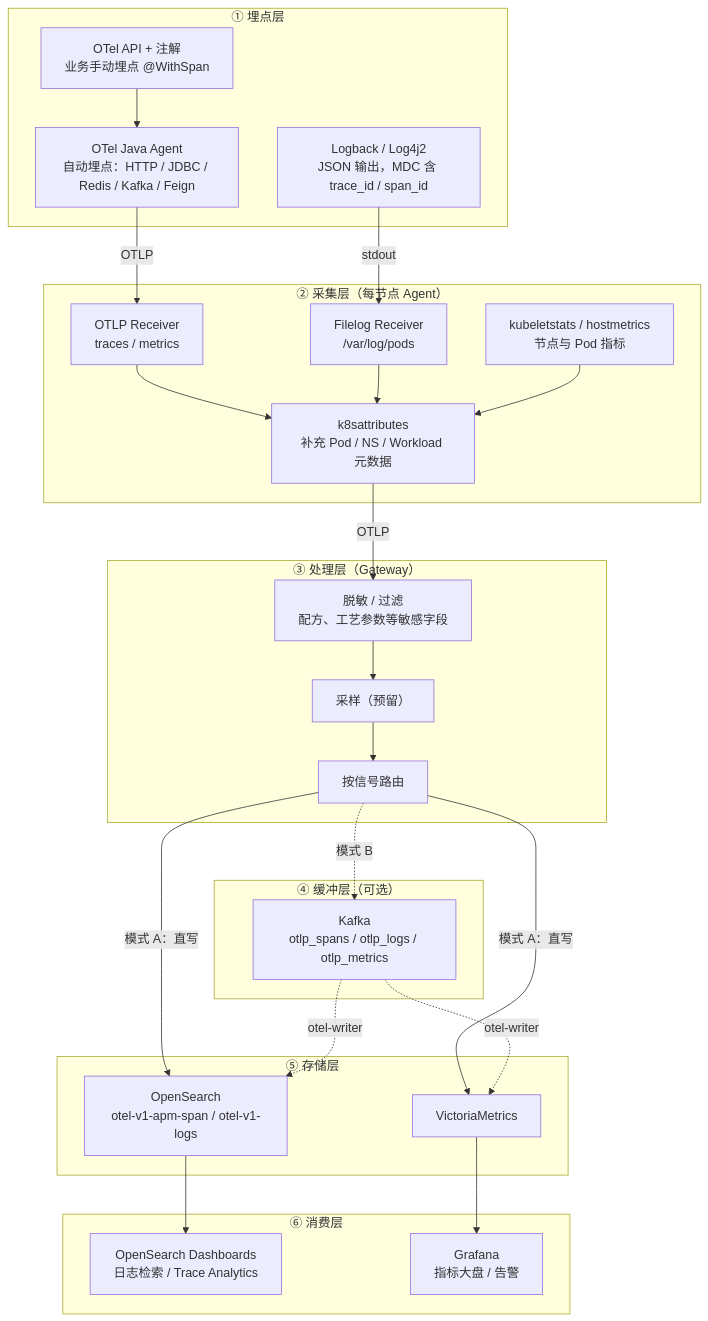
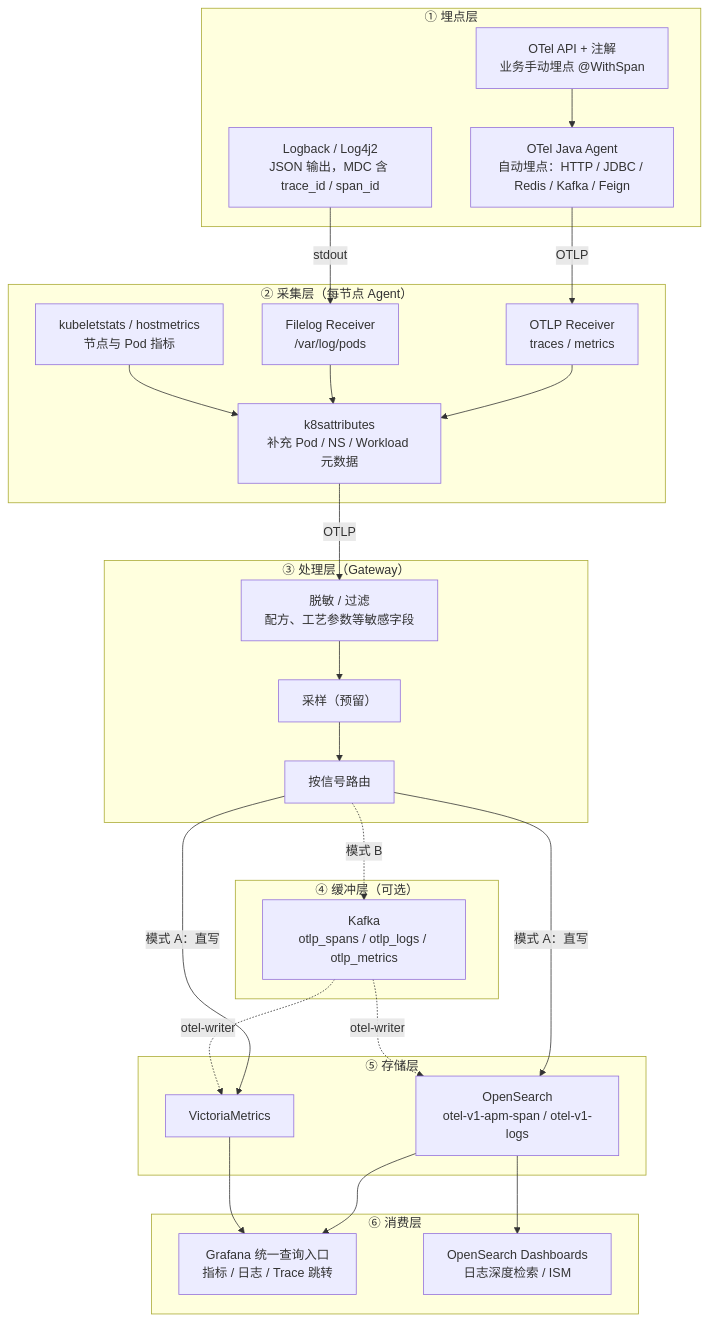
The diagram in observability/docs/diagrams/02-3-1-分层逻辑架构.mmd (fatfatcd/myInfra), drawn with Mermaid before and after one commit. The commit also changed 65 other files, not shown here.

```diff
--- a/observability/docs/diagrams/02-3-1-分层逻辑架构.mmd
+++ b/observability/docs/diagrams/02-3-1-分层逻辑架构.mmd
@@ -1,43 +1,44 @@
 flowchart TB
     subgraph L1["① 埋点层"]
         api["OTel API + 注解<br/>业务手动埋点 @WithSpan"]
         ja["OTel Java Agent<br/>自动埋点：HTTP / JDBC / Redis / Kafka / Feign"]
         logfw["Logback / Log4j2<br/>JSON 输出，MDC 含 trace_id / span_id"]
     end
     subgraph L2["② 采集层（每节点 Agent）"]
         r_otlp["OTLP Receiver<br/>traces / metrics"]
         r_file["Filelog Receiver<br/>/var/log/pods"]
         r_host["kubeletstats / hostmetrics<br/>节点与 Pod 指标"]
         p_k8s["k8sattributes<br/>补充 Pod / NS / Workload 元数据"]
     end
     subgraph L3["③ 处理层（Gateway）"]
         p_red["脱敏 / 过滤<br/>配方、工艺参数等敏感字段"]
         p_samp["采样（预留）"]
         p_route["按信号路由"]
     end
     subgraph L4["④ 缓冲层（可选）"]
         kf["Kafka<br/>otlp_spans / otlp_logs / otlp_metrics"]
     end
     subgraph L5["⑤ 存储层"]
         st_os["OpenSearch<br/>otel-v1-apm-span / otel-v1-logs"]
         st_vm["VictoriaMetrics"]
     end
     subgraph L6["⑥ 消费层"]
-        osd["OpenSearch Dashboards<br/>日志检索 / Trace Analytics"]
-        gf["Grafana<br/>指标大盘 / 告警"]
+        gf["Grafana 统一查询入口<br/>指标 / 日志 / Trace 跳转"]
+        osd["OpenSearch Dashboards<br/>日志深度检索 / ISM"]
     end
 
     api --> ja
     ja -- "OTLP" --> r_otlp
     logfw -- "stdout" --> r_file
     r_otlp --> p_k8s
     r_file --> p_k8s
     r_host --> p_k8s
     p_k8s -- "OTLP" --> p_red --> p_samp --> p_route
     p_route -- "模式 A：直写" --> st_os
     p_route -- "模式 A：直写" --> st_vm
     p_route -. "模式 B" .-> kf
     kf -. "otel-writer" .-> st_os
     kf -. "otel-writer" .-> st_vm
+    st_os --> gf
+    st_vm --> gf
     st_os --> osd
-    st_vm --> gf
```
